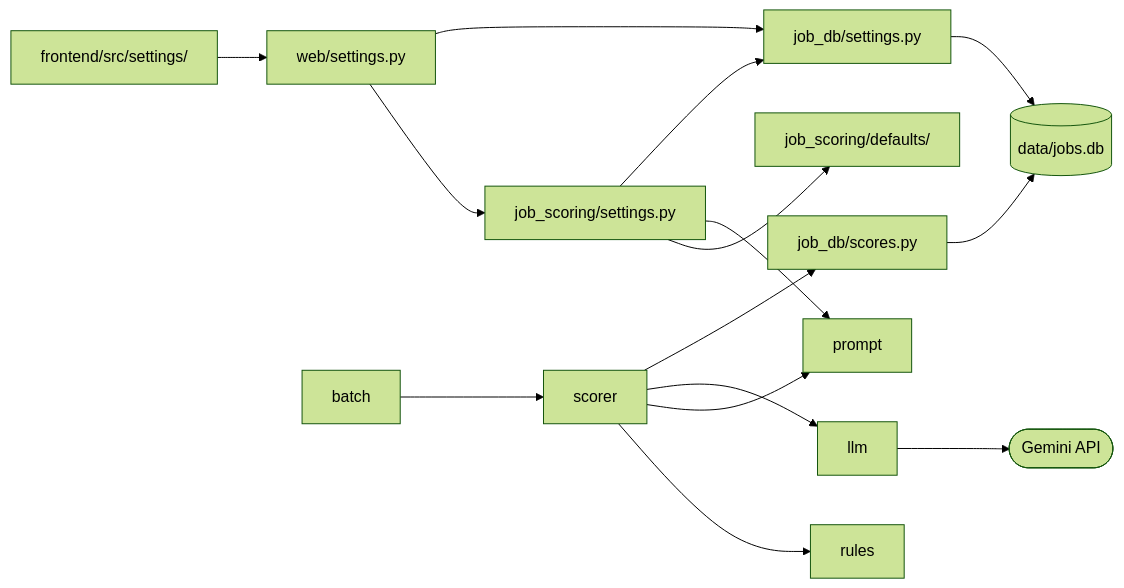
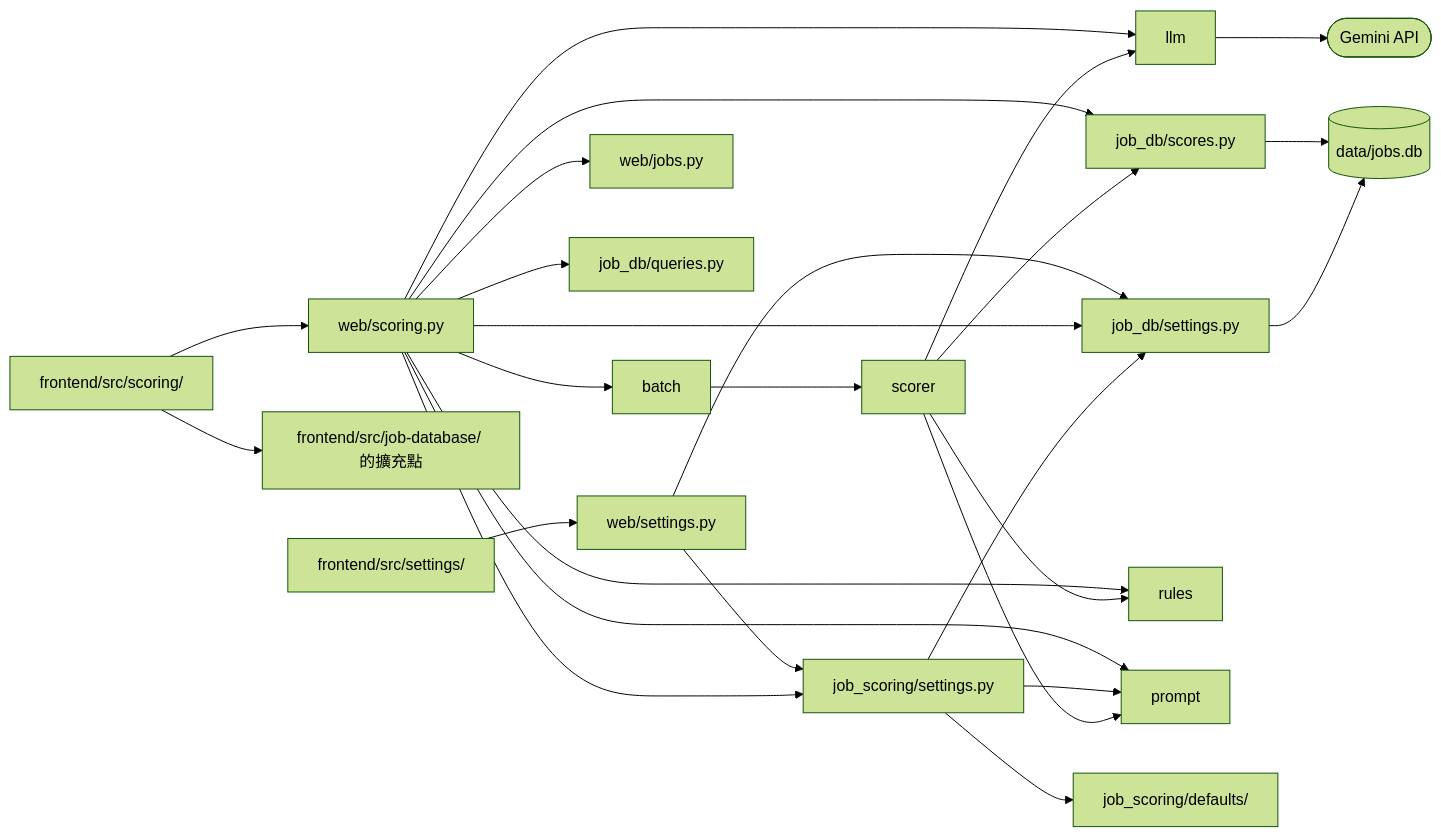
Before and after one commit to dlhdb/job-matching: the first of 2 diagrams in docs/tech/tech-design/job-auto-scoring.md, drawn with Mermaid (forest theme). The commit also changed other lines of this file and 6 other files, not shown here.

````diff
--- a/docs/tech/tech-design/job-auto-scoring.md
+++ b/docs/tech/tech-design/job-auto-scoring.md
@@ -11,17 +12,28 @@
 ```mermaid
 flowchart LR
     page["frontend/src/settings/"] --> api["web/settings.py"]
+    table["frontend/src/scoring/"] --> ext["frontend/src/job-database/ 的擴充點"]
+    table --> sapi["web/scoring.py"]
     api --> settings["job_scoring/settings.py"]
     api --> dbsettings["job_db/settings.py"]
+    sapi --> batch
+    sapi --> settings
+    sapi --> scores
+    sapi --> runner["web/jobs.py"]
+    sapi --> llm
+    sapi --> rules
+    sapi --> prompt
+    sapi --> dbsettings
+    sapi --> queries["job_db/queries.py"]
     settings --> defaults["job_scoring/defaults/"]
     settings --> prompt
     settings --> dbsettings
     batch --> scorer
     scorer --> rules
     scorer --> prompt
     scorer --> llm
     scorer --> scores["job_db/scores.py"]
     llm --> gemini(["Gemini API"])
     scores --> db[("data/jobs.db")]
     dbsettings --> db
 ```
````
